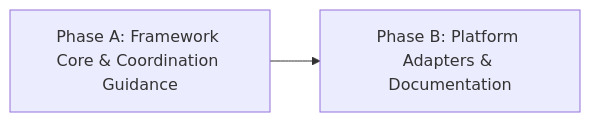
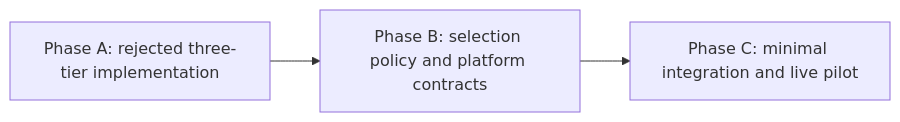
The diagram in workspace/2026/TFW_20260922-123250_CMTR/HL-TFW_20260922-123250_CMTR.md (saubakirov/trace-first-starter), drawn with Mermaid before and after one commit. The commit also changed other lines of this file, not shown here.

````diff
--- a/workspace/2026/TFW_20260922-123250_CMTR/HL-TFW_20260922-123250_CMTR.md
+++ b/workspace/2026/TFW_20260922-123250_CMTR/HL-TFW_20260922-123250_CMTR.md
@@ -127,4 +117,5 @@
 ```mermaid
 graph LR
-  A[Phase A: Framework Core & Coordination Guidance] --> B[Phase B: Platform Adapters & Documentation]
+  A[Phase A: rejected three-tier implementation] --> B[Phase B: selection policy and platform contracts]
+  B --> C[Phase C: minimal integration and live pilot]
 ```
````
